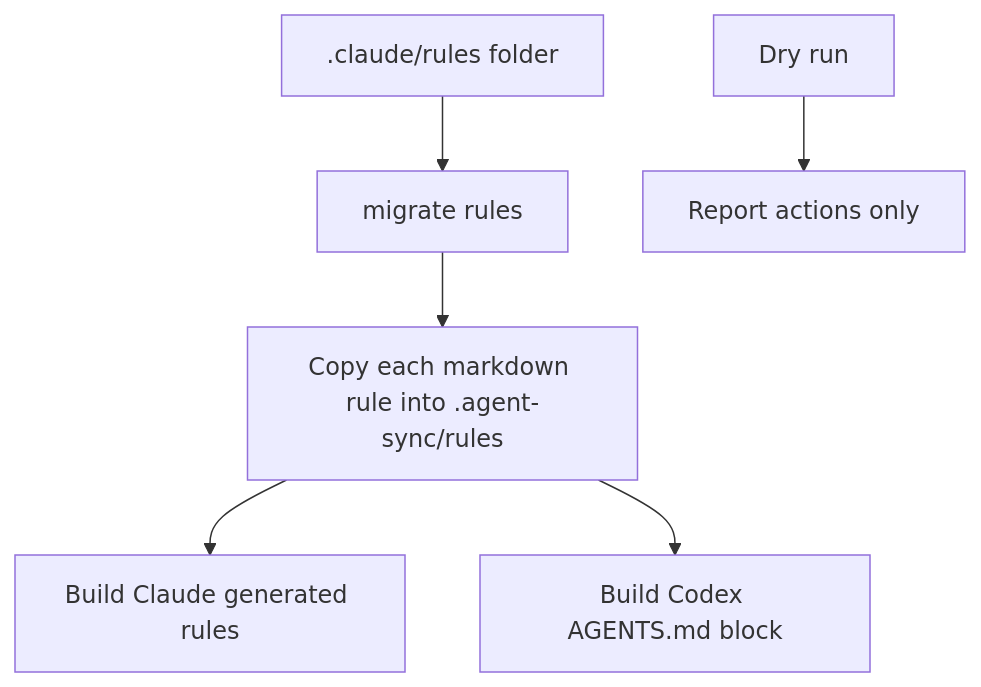
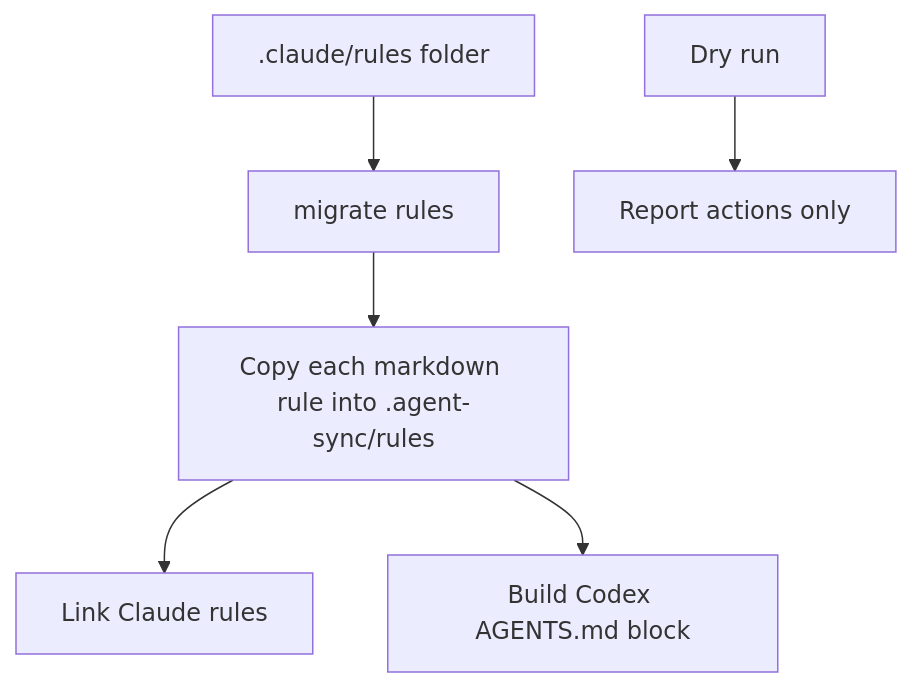
The fourth of 4 diagrams in .specs/features/004-portable-agent-sync-rules/spec.md (julien-m/cc-hub), drawn with Mermaid before and after one commit. The commit also changed other lines of this file and 10 other files, not shown here.

First line of the commit message:
fix(rules): symlink claude rule outputs

````diff
--- a/.specs/features/004-portable-agent-sync-rules/spec.md
+++ b/.specs/features/004-portable-agent-sync-rules/spec.md
@@ -141,8 +141,8 @@
 ```mermaid
 flowchart TD
     A[.claude/rules folder] --> B[migrate rules]
     B --> C[Copy each markdown rule into .agent-sync/rules]
-    C --> D[Build Claude generated rules]
+    C --> D[Link Claude rules]
     C --> E[Build Codex AGENTS.md block]
     F[Dry run] --> G[Report actions only]
 ```
````
